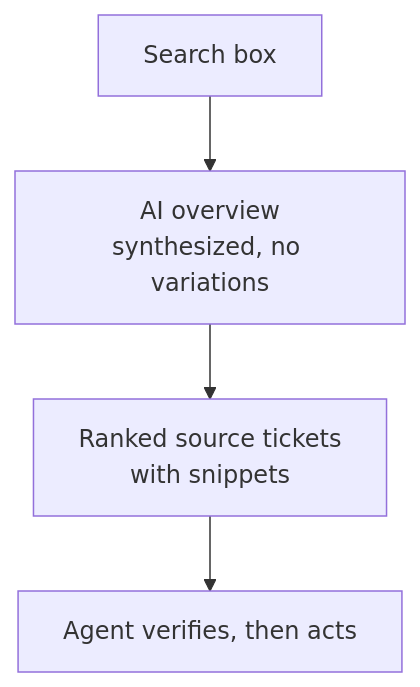
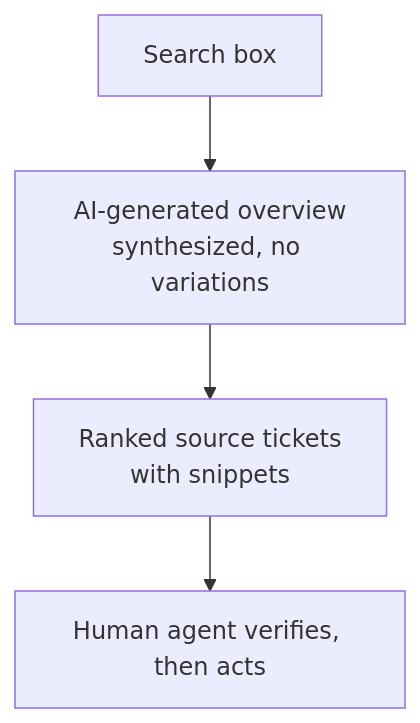
The fifth of 5 diagrams in ARCHITECTURE.md (ameau01/itsm-knowledge-rag), drawn with Mermaid before and after one commit. The commit also changed other lines of this file and 13 other files, not shown here.

````diff
--- a/ARCHITECTURE.md
+++ b/ARCHITECTURE.md
@@ -113,6 +113,6 @@
 ```mermaid
 flowchart TB
-    QB["Search box"] --> OV["AI overview<br/>synthesized, no variations"]
+    QB["Search box"] --> OV["AI-generated overview<br/>synthesized, no variations"]
     OV --> SRC["Ranked source tickets<br/>with snippets"]
-    SRC --> VER["Agent verifies, then acts"]
+    SRC --> VER["Human agent verifies, then acts"]
 ```
````
